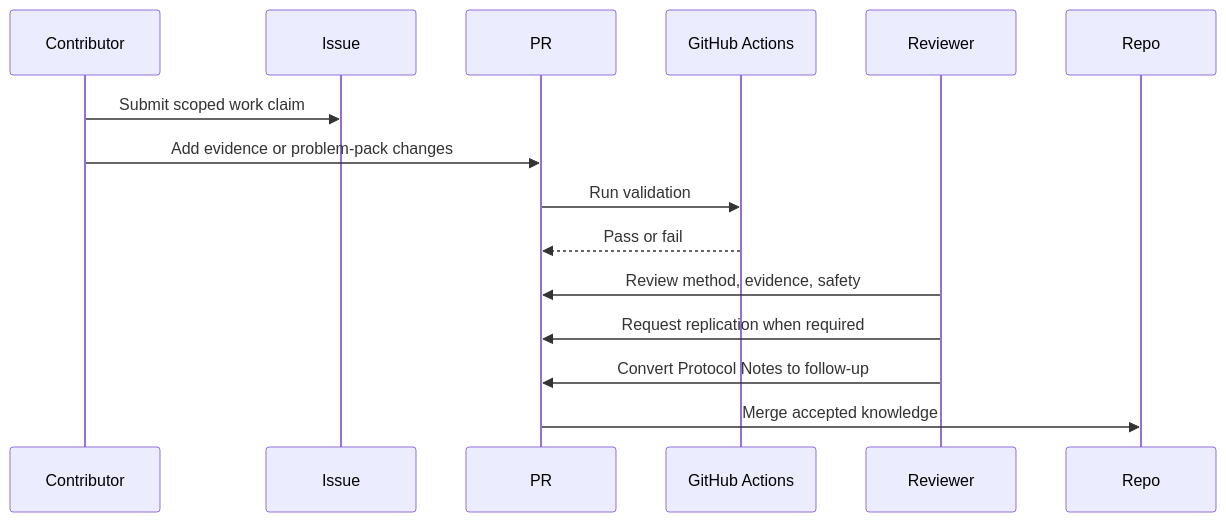
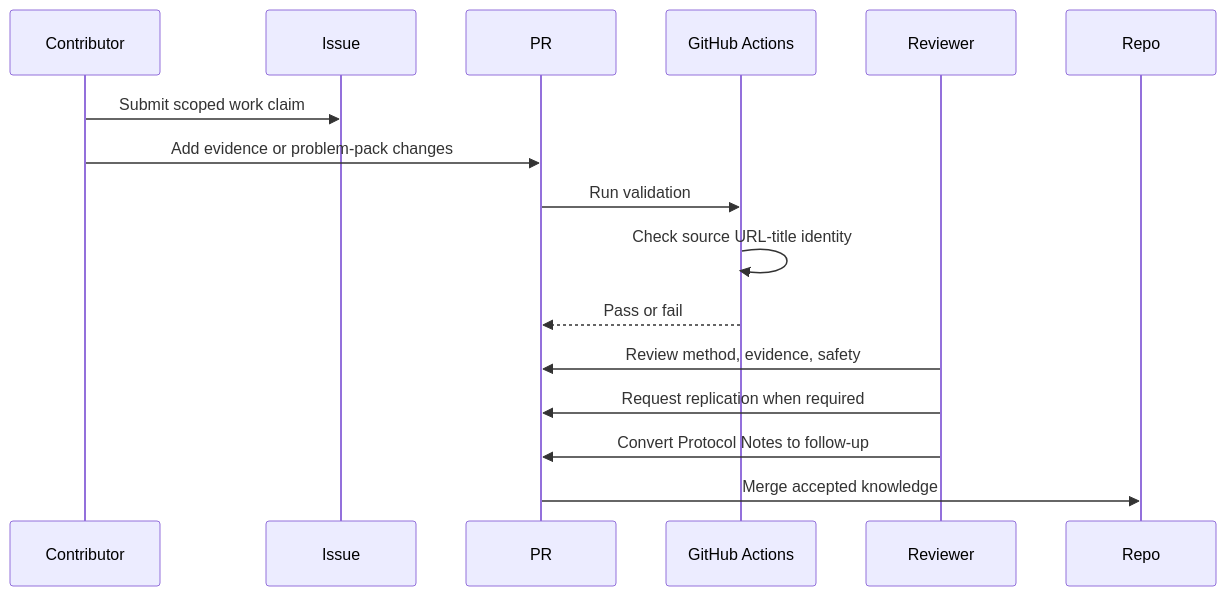
Before and after one commit to streamentry/open-problem-lab: the third of 3 diagrams in AGENTS.md, drawn with Mermaid. The commit also changed other lines of this file and 42 other files, not shown here.

````diff
--- a/AGENTS.md
+++ b/AGENTS.md
@@ -178,17 +180,18 @@
 ```mermaid
 sequenceDiagram
   participant Contributor
   participant Issue
   participant PR
   participant CI as GitHub Actions
   participant Reviewer
   participant Repo
   Contributor->>Issue: Submit scoped work claim
   Contributor->>PR: Add evidence or problem-pack changes
   PR->>CI: Run validation
+  CI->>CI: Check source URL-title identity
   CI-->>PR: Pass or fail
   Reviewer->>PR: Review method, evidence, safety
   Reviewer->>PR: Request replication when required
   Reviewer->>PR: Convert Protocol Notes to follow-up
   PR->>Repo: Merge accepted knowledge
 ```
````
